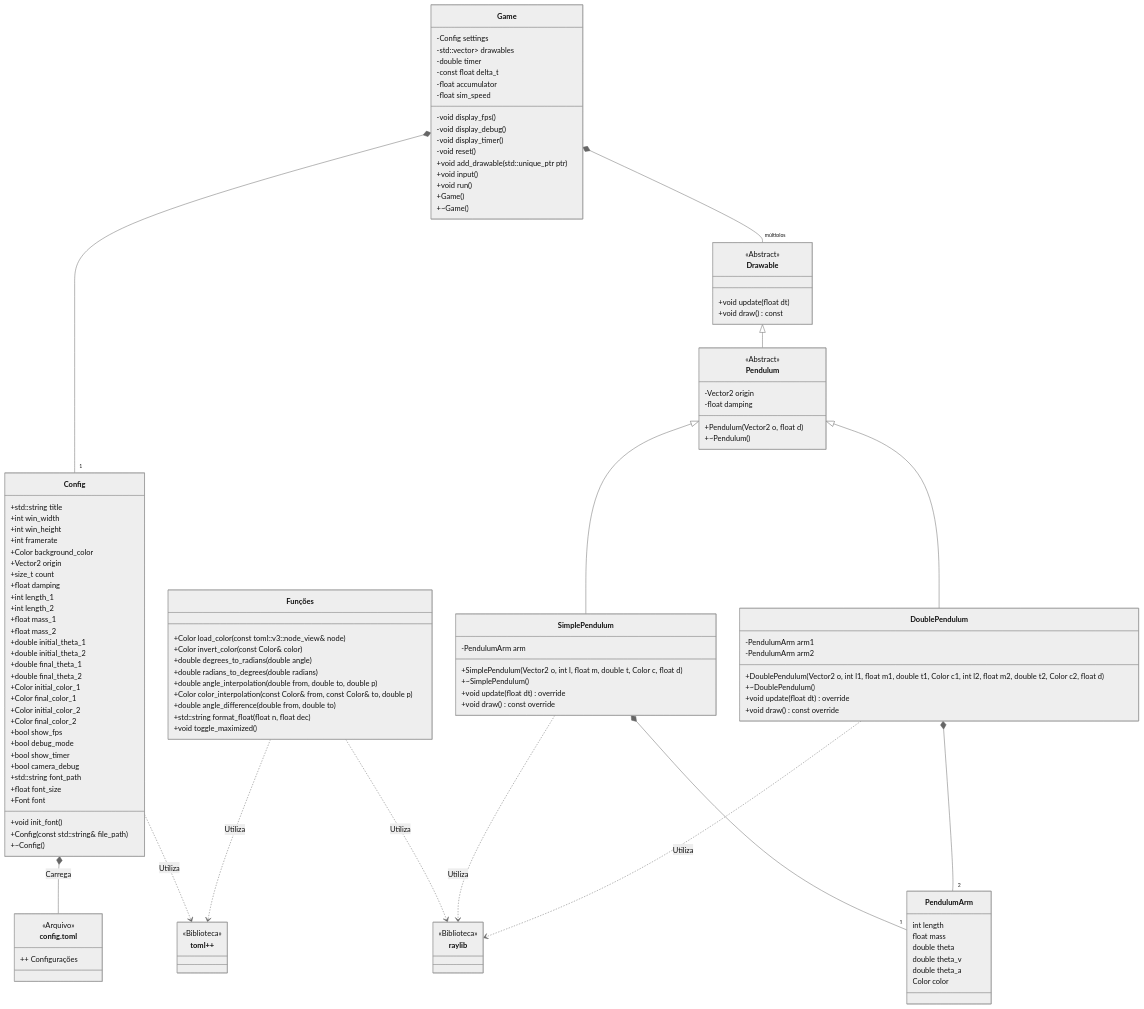
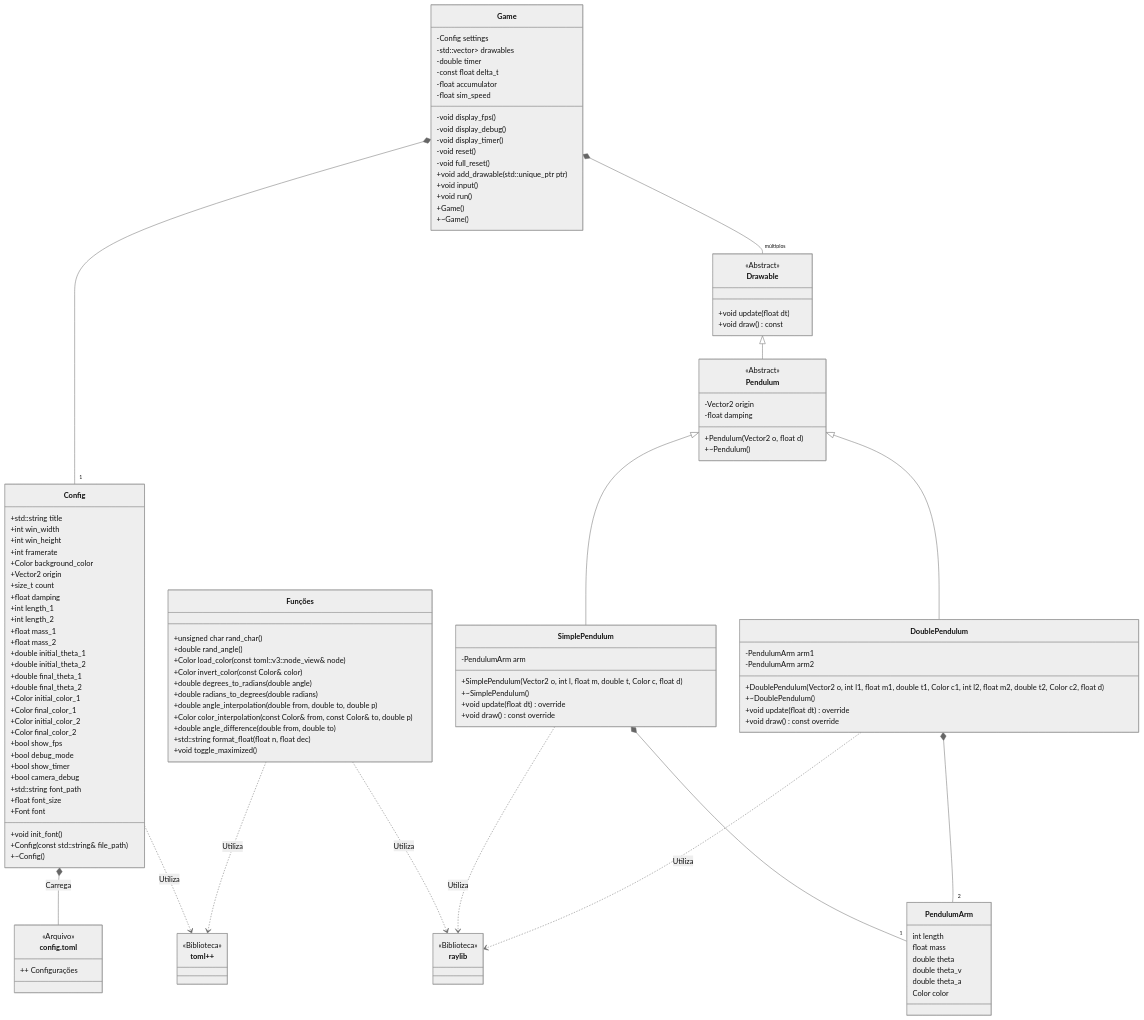
The diagram in readme.md (SamVeras/ChaoticDPends), drawn with Mermaid before and after one commit. The commit also changed 9 other files, not shown here.

Commit message:
Comentários, full_reset do Game, funções de random e atualização do readme

```diff
--- a/readme.md
+++ b/readme.md
@@ -149,6 +149,7 @@
       -void display_debug()
       -void display_timer()
       -void reset()
+      -void full_reset()
       +void add_drawable(std::unique_ptr<Drawable> ptr)
       +void input()
       +void run()
@@ -190,6 +191,8 @@
   }
 
   class Funções {
+      +unsigned char rand_char()
+      +double rand_angle()
       +Color load_color(const toml::v3::node_view<toml::v3::node>& node)
       +Color invert_color(const Color& color)
       +double degrees_to_radians(double angle)
```
